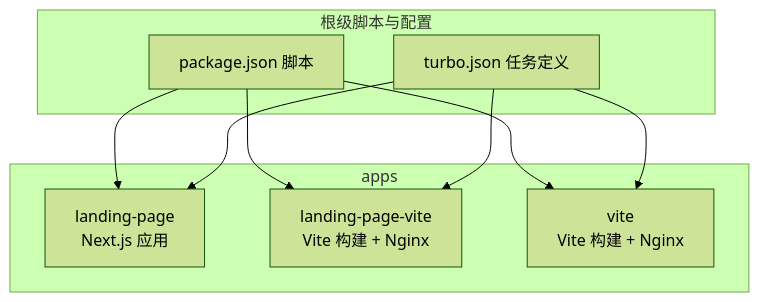
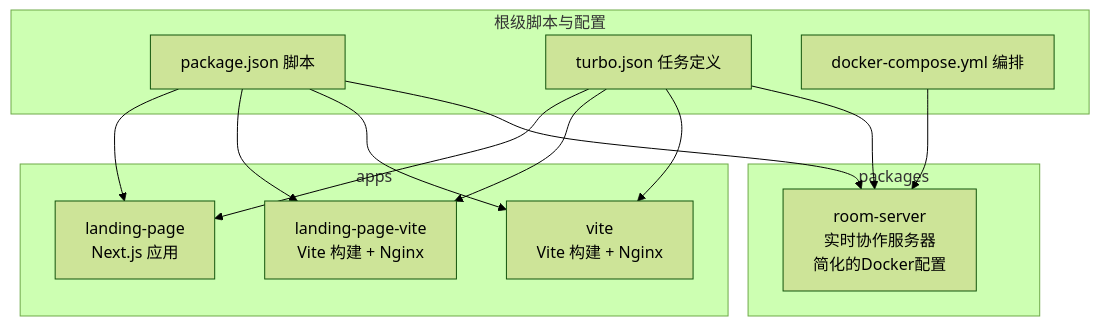
The first of 8 diagrams in .qoder/repowiki/zh/content/部署配置/Docker容器化.md (LRF0422/Kotion), drawn with Mermaid (forest theme) before and after one commit. The commit also changed other lines of this file and 75 other files, not shown here.

````diff
--- a/.qoder/repowiki/zh/content/部署配置/Docker容器化.md
+++ b/.qoder/repowiki/zh/content/部署配置/Docker容器化.md
@@ -42,18 +63,25 @@
 ```mermaid
 graph TB
 subgraph "apps"
 A["landing-page<br/>Next.js 应用"]
 B["landing-page-vite<br/>Vite 构建 + Nginx"]
 C["vite<br/>Vite 构建 + Nginx"]
 end
+subgraph "packages"
+RS["room-server<br/>实时协作服务器<br/>简化的Docker配置"]
+end
 subgraph "根级脚本与配置"
 R["package.json 脚本"]
 T["turbo.json 任务定义"]
+DC["docker-compose.yml 编排"]
 end
 R --> A
 R --> B
 R --> C
+R --> RS
 T --> A
 T --> B
 T --> C
+T --> RS
+DC --> RS
 ```
````
